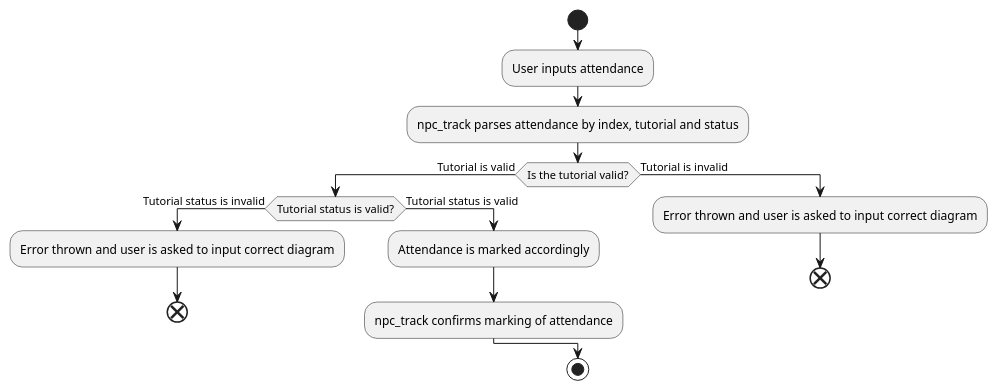
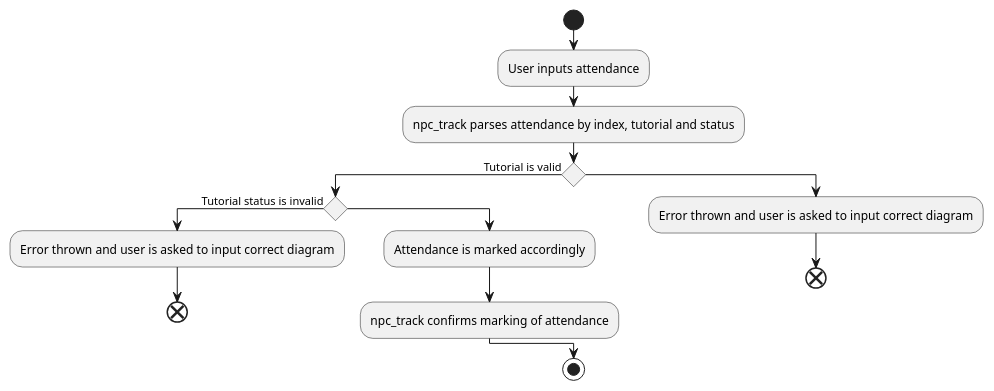
The diagram in docs/diagrams/markAttendanceActivityDiagram.puml (proto-aiken-13/tp), drawn with PlantUML before and after one commit.

```diff
--- a/docs/diagrams/markAttendanceActivityDiagram.puml
+++ b/docs/diagrams/markAttendanceActivityDiagram.puml
@@ -1,22 +1,22 @@
 @startuml
 'https://plantuml.com/activity-diagram-beta
 
 start
 :User inputs attendance;
 :npc_track parses attendance by index, tutorial and status;
-if (Is the tutorial valid?) then (Tutorial is valid)
-    if(Tutorial status is valid?) then (Tutorial status is invalid)
+if () then (Tutorial is valid)
+    if() then (Tutorial status is invalid)
         :Error thrown and user is asked to input correct diagram;
         end
-    else (Tutorial status is valid)
+    else ()
         :Attendance is marked accordingly;
         :npc_track confirms marking of attendance;
     endif
-else (Tutorial is invalid)
+else ()
     :Error thrown and user is asked to input correct diagram;
     end
 endif
 
 stop
 
 @enduml
```
